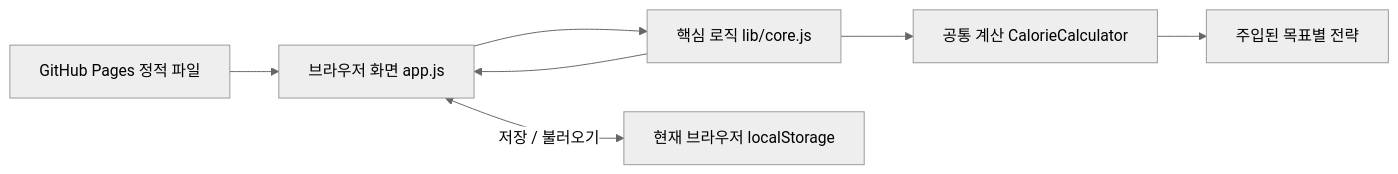
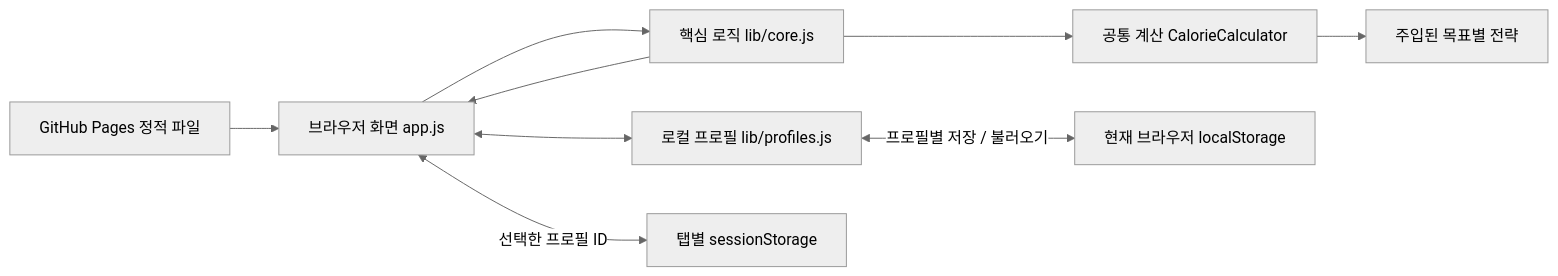
The second of 2 diagrams in docs/PROJECT.md (hansol000808/nutrifit), drawn with Mermaid (neutral theme) before and after one commit. The commit also changed other lines of this file and 10 other files, not shown here.

Commit message:
Add isolated local profiles and reject inconsistent nutrition targets

````diff
--- a/docs/PROJECT.md
+++ b/docs/PROJECT.md
@@ -50,9 +52,11 @@
 ```mermaid
 flowchart LR
     Pages[GitHub Pages 정적 파일] --> UI[브라우저 화면 app.js]
     UI --> Core[핵심 로직 lib/core.js]
     Core --> Calculator[공통 계산 CalorieCalculator]
     Calculator --> Strategy[주입된 목표별 전략]
     Core --> UI
-    UI <-->|저장 / 불러오기| Storage[현재 브라우저 localStorage]
+    UI <--> Profiles[로컬 프로필 lib/profiles.js]
+    Profiles <-->|프로필별 저장 / 불러오기| Storage[현재 브라우저 localStorage]
+    UI <-->|선택한 프로필 ID| Session[탭별 sessionStorage]
 ```
````
